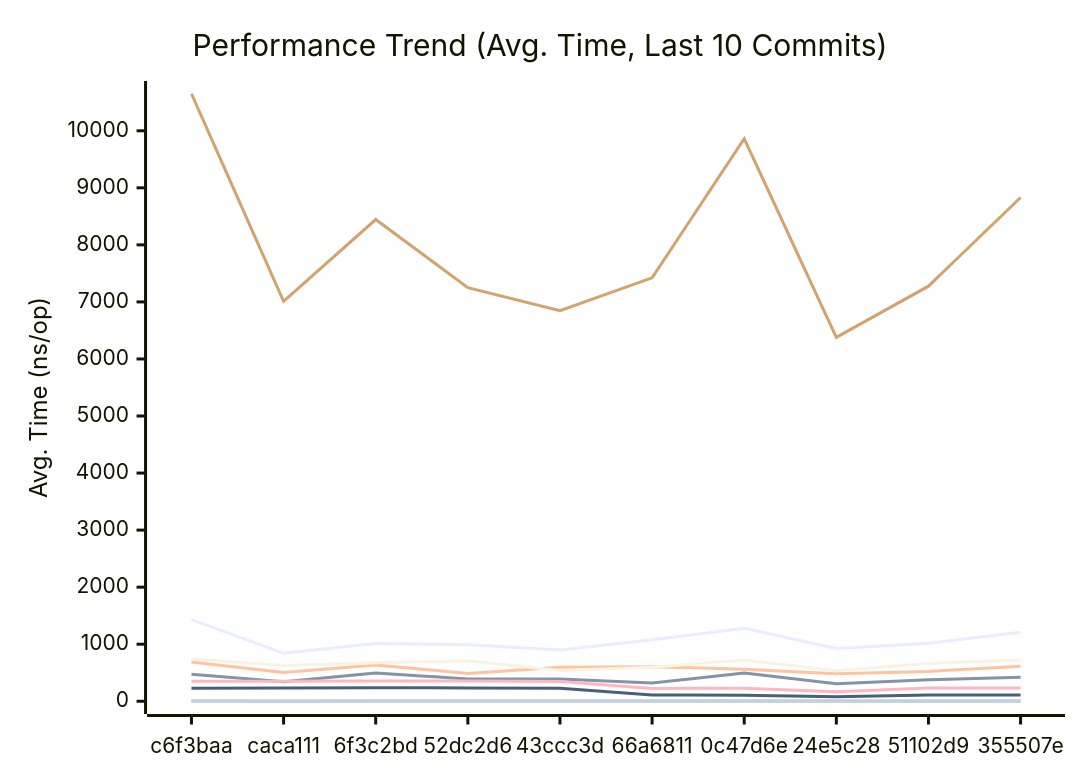
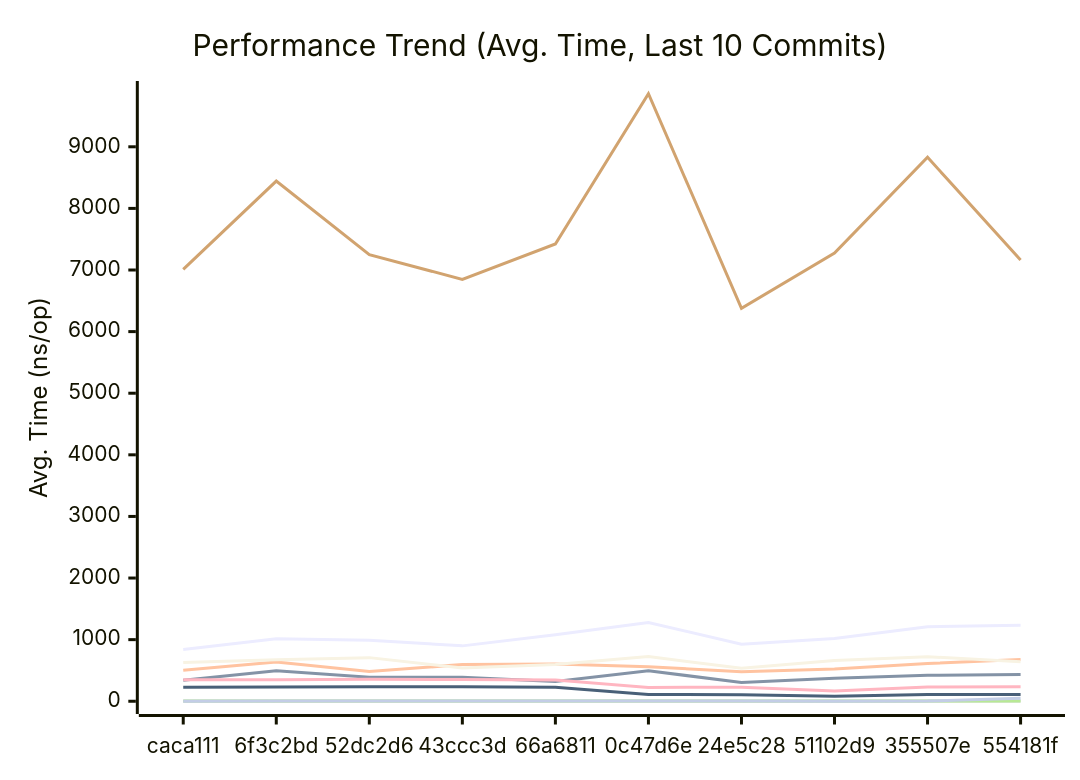
Before and after one commit to alsotoes/momo: the first of 3 diagrams in docs/PERFORMANCE.md, drawn with Mermaid. The commit also changed other lines of this file and 7 other files, not shown here.

````diff
--- a/docs/PERFORMANCE.md
+++ b/docs/PERFORMANCE.md
@@ -128,18 +130,18 @@
 ```mermaid
 xychart-beta
     title "Performance Trend (Avg. Time, Last 10 Commits)"
     x-axis "Commit"
     y-axis "Avg. Time (ns/op)"
-    x-axis [c6f3baa,caca111,6f3c2bd,52dc2d6,43ccc3d,66a6811,0c47d6e,24e5c28,51102d9,355507e]
-    line "CheckMetricsAndSwap" [12,10,9,10,11,13,13,9,12,13]
-    line "CrushOptimized" [472,342,495,390,390,319,494,306,375,422]
-    line "CrushOriginal" [688,503,637,485,595,606,560,480,523,612]
-    line "IndexDirectTracking" [1,0,0,0,0,0,1,0,0,1]
-    line "IndexSearch" [4,3,3,3,3,3,4,3,4,3]
-    line "LoadGlobalConfig" [10649,7011,8444,7250,6847,7422,9861,6379,7276,8830]
-    line "PadString" [3,2,3,3,3,3,3,3,2,3]
+    x-axis [caca111,6f3c2bd,52dc2d6,43ccc3d,66a6811,0c47d6e,24e5c28,51102d9,355507e,554181f]
+    line "CheckMetricsAndSwap" [10,9,10,11,13,13,9,12,13,13]
+    line "CrushOptimized" [342,495,390,390,319,494,306,375,422,435]
+    line "CrushOriginal" [503,637,485,595,606,560,480,523,612,676]
+    line "IndexDirectTracking" [0,0,0,0,0,1,0,0,1,1]
+    line "IndexSearch" [3,3,3,3,3,4,3,4,3,4]
+    line "LoadGlobalConfig" [7011,8444,7250,6847,7422,9861,6379,7276,8830,7163]
+    line "PadString" [2,3,3,3,3,3,3,2,3,48]
     line "ParseReplicationOrder_NoPrealloc" [350,349,357,354,345,225,229,165,232,234]
     line "ParseReplicationOrder_Prealloc" [229,231,237,234,229,108,107,80,110,109]
-    line "SanitizeLog/Safe" [747,628,673,708,538,598,725,535,663,724]
-    line "SanitizeLog/Unsafe" [1432,841,1013,990,899,1078,1279,926,1017,1209]
+    line "SanitizeLog/Safe" [628,673,708,538,598,725,535,663,724,642]
+    line "SanitizeLog/Unsafe" [841,1013,990,899,1078,1279,926,1017,1209,1232]
 ```
````
